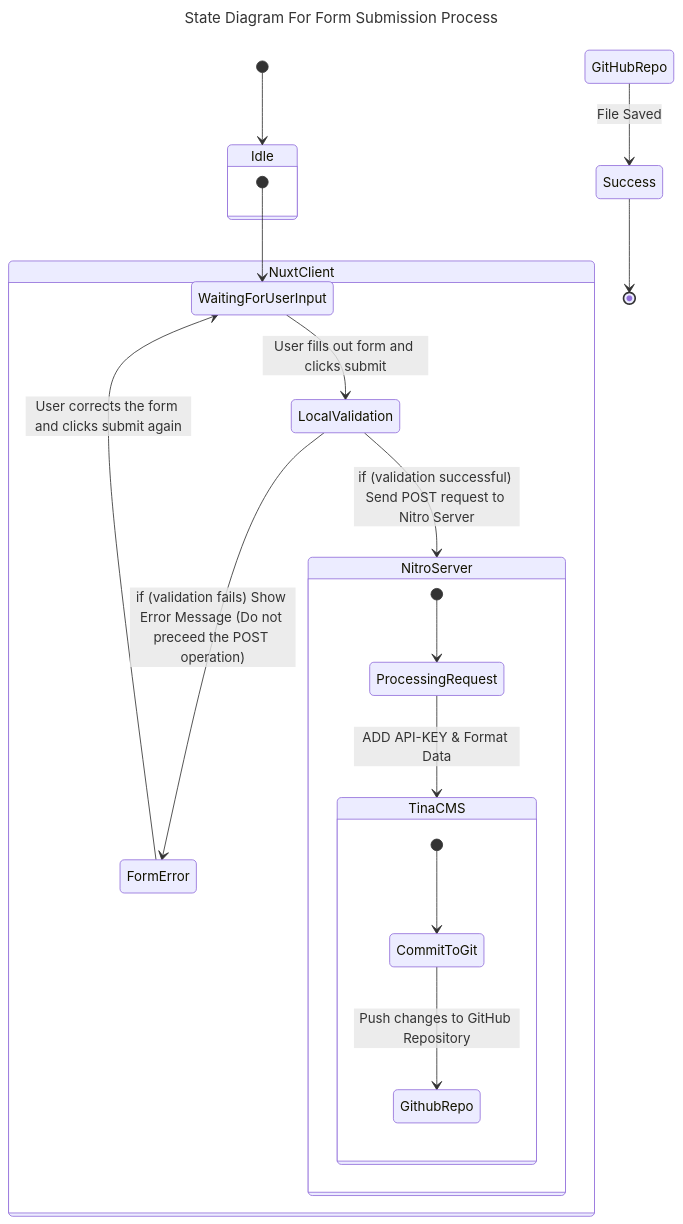
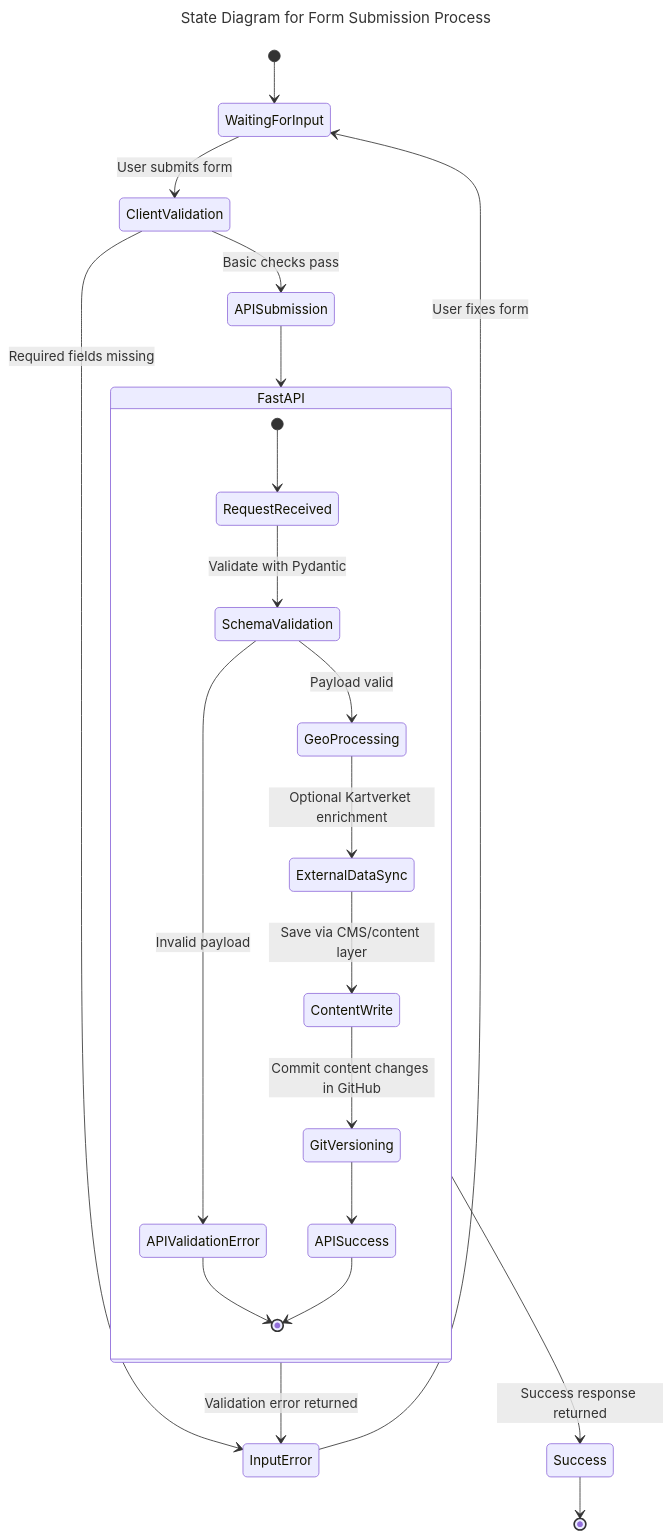
The diagram in docs/FormSubmission-stateDiagram.md (krigjo25/PuraSecurus), drawn with Mermaid before and after one commit. The commit also changed 4 other files, not shown here.

Commit message:
docs(Document): 🎨 Align Diagrams with the New README structure.

````diff
--- a/docs/FormSubmission-stateDiagram.md
+++ b/docs/FormSubmission-stateDiagram.md
@@ -1,29 +1,35 @@
 ```mermaid
 ---
-title: State Diagram For Form Submission Process
+title: State Diagram for Form Submission Process
 ---
 stateDiagram-v2
-[*] --> Idle
-state Idle {
-    [*] --> WaitingForUserInput
-    WaitingForUserInput --> LocalValidation : User fills out form and clicks submit
+    [*] --> WaitingForInput
 
-}
+    WaitingForInput --> ClientValidation : User submits form
 
-state NuxtClient {
-    LocalValidation --> FormError: if (validation fails) Show Error Message (Do not preceed the POST operation)
-    FormError --> WaitingForUserInput: User corrects the form and clicks submit again
-    LocalValidation --> NitroServer: if (validation successful) Send POST request to Nitro Server
-}
-state NitroServer {
-    [*] --> ProcessingRequest
-    ProcessingRequest --> TinaCMS: ADD API-KEY & Format Data
-}
-state TinaCMS {
-    [*] --> CommitToGit
-    CommitToGit --> GithubRepo: Push changes to GitHub Repository
-}
+    ClientValidation --> InputError : Required fields missing
+    InputError --> WaitingForInput : User fixes form
 
-GitHubRepo --> Success : File Saved
-Success --> [*]
+    ClientValidation --> APISubmission : Basic checks pass
+
+    state FastAPI {
+        [*] --> RequestReceived
+        RequestReceived --> SchemaValidation : Validate with Pydantic
+
+        SchemaValidation --> APIValidationError : Invalid payload
+        APIValidationError --> [*]
+
+        SchemaValidation --> GeoProcessing : Payload valid
+        GeoProcessing --> ExternalDataSync : Optional Kartverket enrichment
+        ExternalDataSync --> ContentWrite : Save via CMS/content layer
+        ContentWrite --> GitVersioning : Commit content changes in GitHub
+        GitVersioning --> APISuccess
+        APISuccess --> [*]
+    }
+
+    APISubmission --> FastAPI
+    FastAPI --> Success : Success response returned
+    FastAPI --> InputError : Validation error returned
+
+    Success --> [*]
 ```
````
